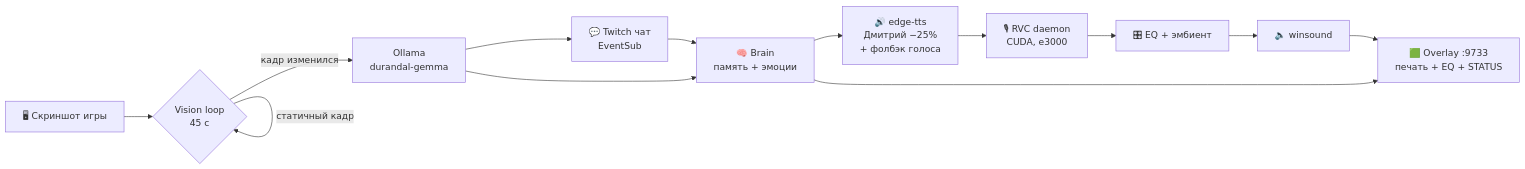
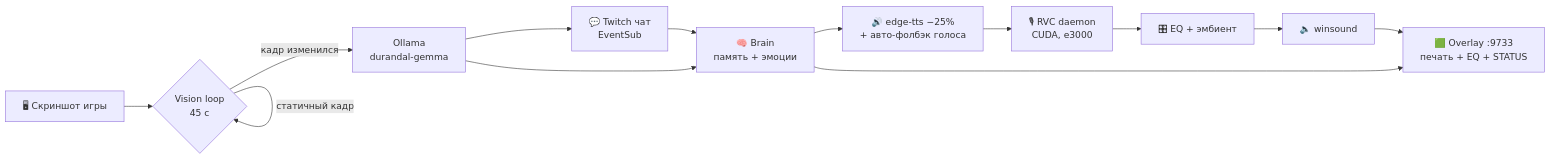
Before and after one commit to NeruMarcus/durandal-stream-bot: the diagram in README.md, drawn with Mermaid. The commit also changed other lines of this file and 2 other files, not shown here.

Commit message:
Default voice: AndrewMultilingual primary, Dmitry/Brian fallback

````diff
--- a/README.md
+++ b/README.md
@@ -38,15 +38,15 @@
 ```mermaid
 flowchart LR
     A[🖥 Скриншот игры] --> B{Vision loop\n45 c}
     B -->|кадр изменился| C[Ollama\ndurandal-gemma]
     B -->|статичный кадр| B
     C --> D[💬 Twitch чат\nEventSub]
     D --> E[🧠 Brain\nпамять + эмоции]
     C --> E
-    E --> F[🔊 edge-tts\nДмитрий −25%\n+ фолбэк голоса]
+    E --> F[🔊 edge-tts −25%\n+ авто-фолбэк голоса]
     F --> G[🎙 RVC daemon\nCUDA, e3000]
     G --> H[🎛 EQ + эмбиент]
     H --> I[🔈 winsound]
     E --> J[🟩 Overlay :9733\nпечать + EQ + STATUS]
     I --> J
 ```
````
